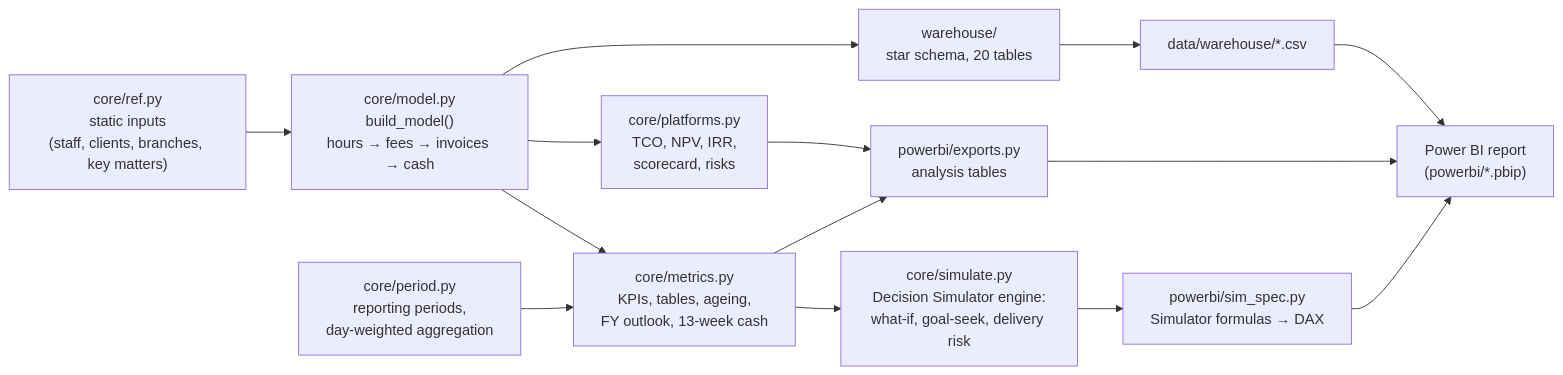
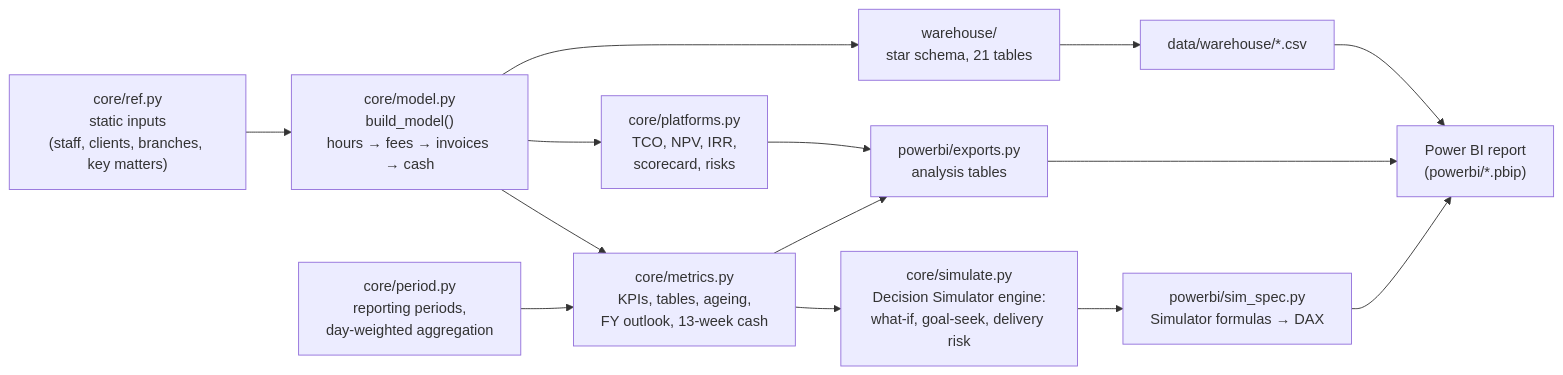
The diagram in docs/ARCHITECTURE.md (brianphu2310/Law_Firm_Operations_Intelliigence), drawn with Mermaid before and after one commit. The commit also changed other lines of this file and 42 other files, not shown here.

````diff
--- a/docs/ARCHITECTURE.md
+++ b/docs/ARCHITECTURE.md
@@ -5,16 +5,16 @@
 ```mermaid
 flowchart LR
     ref["core/ref.py<br/>static inputs<br/>(staff, clients, branches, key matters)"] --> model["core/model.py<br/>build_model()<br/>hours → fees → invoices → cash"]
     model --> metrics["core/metrics.py<br/>KPIs, tables, ageing,<br/>FY outlook, 13-week cash"]
     period["core/period.py<br/>reporting periods,<br/>day-weighted aggregation"] --> metrics
     model --> platforms["core/platforms.py<br/>TCO, NPV, IRR,<br/>scorecard, risks"]
     metrics --> simulate["core/simulate.py<br/>Decision Simulator engine:<br/>what-if, goal-seek, delivery risk"]
-    model --> wh["warehouse/<br/>star schema, 20 tables"]
+    model --> wh["warehouse/<br/>star schema, 21 tables"]
     wh --> csv["data/warehouse/*.csv"]
     metrics --> exp["powerbi/exports.py<br/>analysis tables"]
     platforms --> exp
     simulate --> spec["powerbi/sim_spec.py<br/>Simulator formulas → DAX"]
     csv --> pbi["Power BI report<br/>(powerbi/*.pbip)"]
     exp --> pbi
     spec --> pbi
 ```
````
